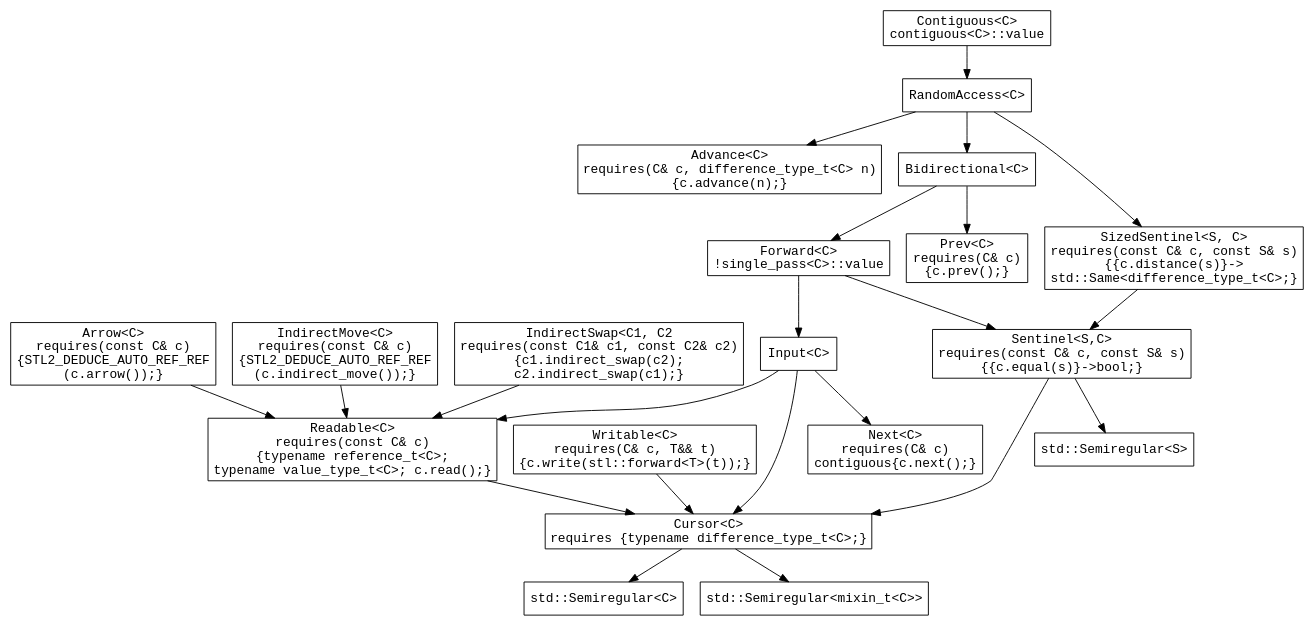
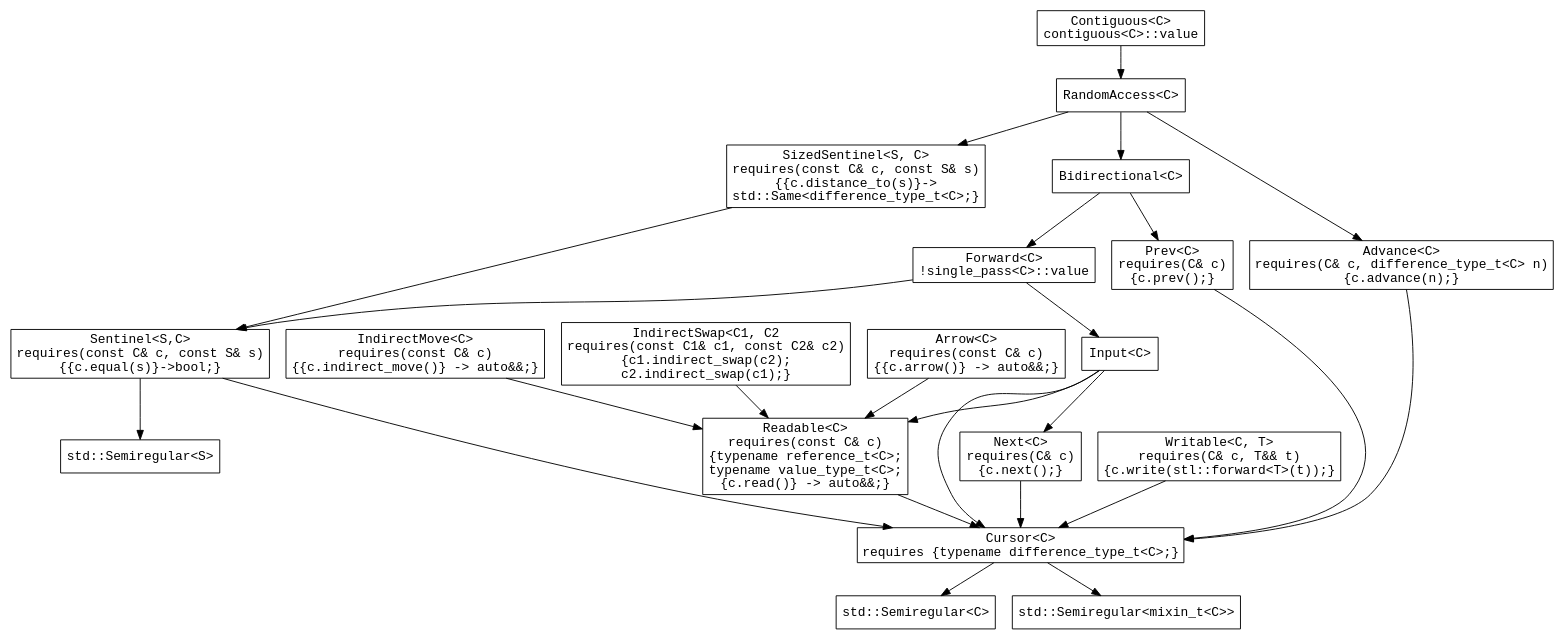
One commit to Beman/iterator-facade-proposal changed the diagram in cursor-concepts.dot. Above: the diagram before and after it, drawn with Graphviz. The commit also changed 1 other file, not shown here.

Commit message:
Continue to work on cursor concepts. Should have been included in prior commit.

```diff
--- a/cursor-concepts.dot
+++ b/cursor-concepts.dot
@@ -1,65 +1,69 @@
 digraph iterator_concepts
 {
   graph [fontname = "courier"];
   node [fontname = "courier"];
   edge [fontname = "courier"];
 
   // Nodes
   
   advance [label="Advance<C>\nrequires(C& c, difference_type_t<C> n)\n{c.advance(n);}" shape=box]
-  arrow [label="Arrow<C>\nrequires(const C& c)\n{STL2_DEDUCE_AUTO_REF_REF\n(c.arrow());}" shape=box]
+  arrow [label="Arrow<C>\nrequires(const C& c)\n{{c.arrow()} -> auto&&;}" shape=box]
   contiguous [label="Contiguous<C>\ncontiguous<C>::value" shape=box]
   cursor [label="Cursor<C>\nrequires {typename difference_type_t<C>;}" shape=box]
   bidirectional [label="Bidirectional<C>" shape=box]
   forward [label="Forward<C>\n!single_pass<C>::value" shape=box]
-  indirectmove [label="IndirectMove<C>\nrequires(const C& c)\n{STL2_DEDUCE_AUTO_REF_REF\n(c.indirect_move());}" shape=box]
+  indirectmove [label="IndirectMove<C>\nrequires(const C& c)\n{{c.indirect_move()} -> auto&&;}" shape=box]
   indirectswap [label="IndirectSwap<C1, C2\nrequires(const C1& c1, const C2& c2)\n{c1.indirect_swap(c2);\nc2.indirect_swap(c1);}" shape=box]
   input [label="Input<C>" shape=box]
-  next [label="Next<C>\nrequires(C& c)\ncontiguous{c.next();}" shape=box]
+  next [label="Next<C>\nrequires(C& c)\n{c.next();}" shape=box]
   prev [label="Prev<C>\nrequires(C& c)\n{c.prev();}" shape=box]
   randomaccess [label="RandomAccess<C>" shape=box]
-  readable [label="Readable<C>\nrequires(const C& c)\n{typename reference_t<C>;\ntypename value_type_t<C>; c.read();}" shape=box]
+  readable [label="Readable<C>\nrequires(const C& c)\n{typename reference_t<C>;\ntypename value_type_t<C>;\n{c.read()} -> auto&&;}" shape=box]
   semiregular [label="std::Semiregular<C>" shape=box]
   semiregular_mx [label="std::Semiregular<mixin_t<C>>" shape=box]
   semiregular_s [label="std::Semiregular<S>" shape=box]
   sentinel [label="Sentinel<S,C>\nrequires(const C& c, const S& s)\n{{c.equal(s)}->bool;}" shape=box]
-  sizedsentinel [label="SizedSentinel<S, C>\nrequires(const C& c, const S& s)\n{{c.distance(s)}->\nstd::Same<difference_type_t<C>;}" shape=box]
-  writable [label="Writable<C>\nrequires(C& c, T&& t)\n{c.write(stl::forward<T>(t));}" shape=box]
+  sizedsentinel [label="SizedSentinel<S, C>\nrequires(const C& c, const S& s)\n{{c.distance_to(s)}->\nstd::Same<difference_type_t<C>;}" shape=box]
+  writable [label="Writable<C, T>\nrequires(C& c, T&& t)\n{c.write(stl::forward<T>(t));}" shape=box]
    
   // Edges
   
   cursor -> semiregular;
   cursor -> semiregular_mx;
 
   readable -> cursor;
 
   writable -> cursor;
 
   arrow -> readable;
+
+  next -> cursor;
+  prev -> cursor;
+  advance -> cursor;
 
   sentinel -> cursor;
   sentinel -> semiregular_s;
   
   sizedsentinel -> sentinel;
   
   input -> cursor;
   input -> readable;
   input -> next;
   
   forward -> input;
   forward -> sentinel;
   
   bidirectional -> forward;
   bidirectional -> prev;
   
   randomaccess -> bidirectional;
   randomaccess -> advance;
   randomaccess -> sizedsentinel;
   
   contiguous -> randomaccess;
 
   indirectmove -> readable;
 
   indirectswap -> readable;
 
 }
```
